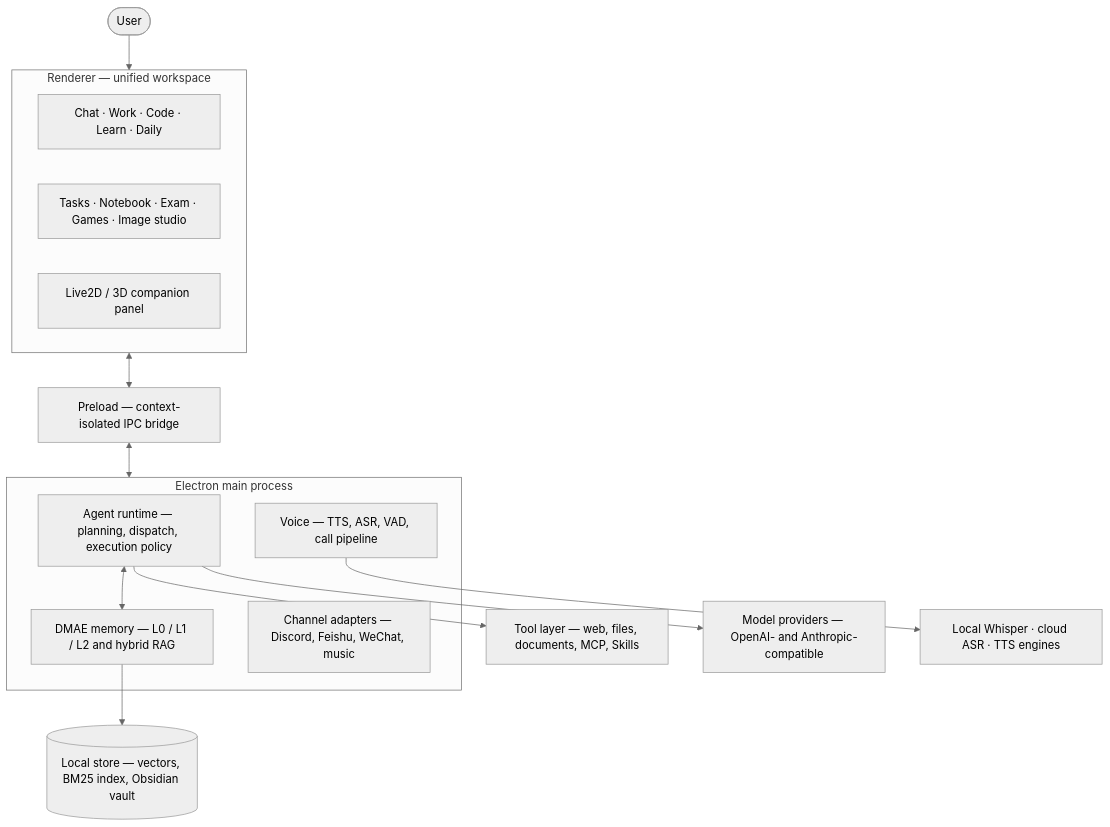
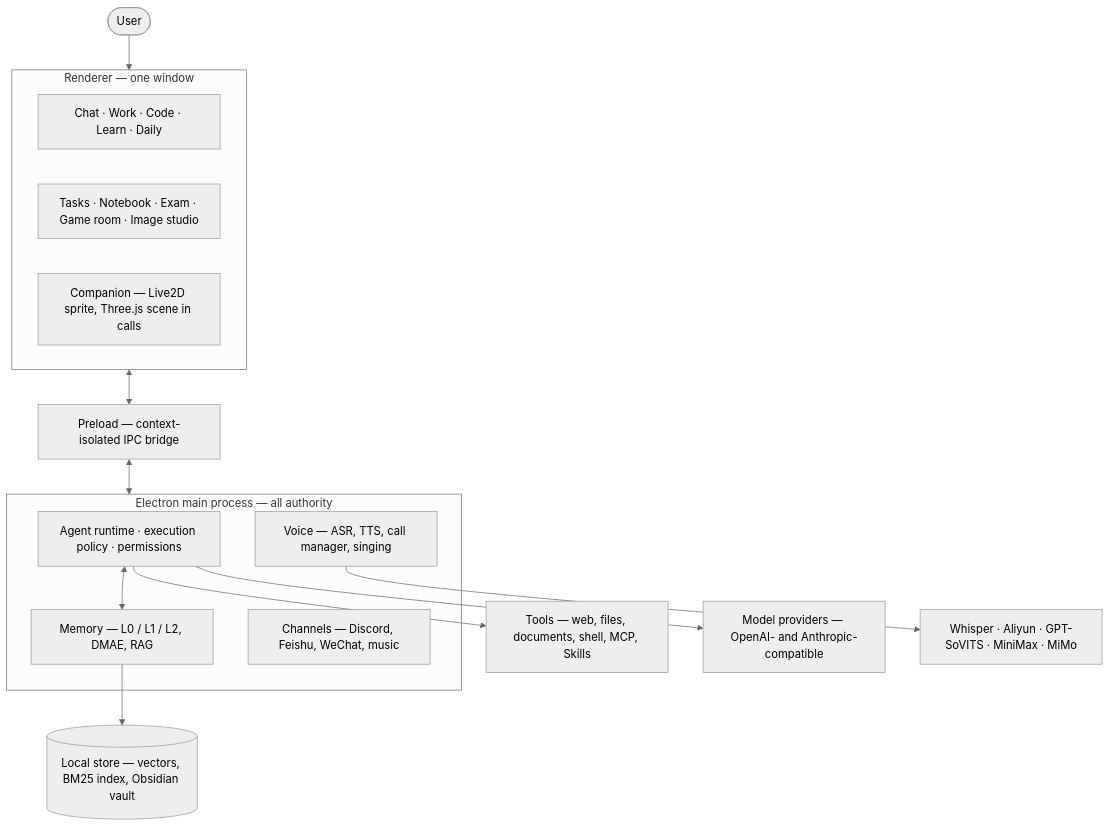
The first of 4 diagrams in README.md (clark970417-eng/Cyrene-Agent), drawn with Mermaid (neutral theme) before and after one commit. The commit also changed other lines of this file and 2 other files, not shown here.

````diff
--- a/README.md
+++ b/README.md
@@ -149,27 +102,26 @@
 ```mermaid
 flowchart TD
     USER(["User"]) --> RENDERER
 
-    subgraph RENDERER["Renderer — unified workspace"]
+    subgraph RENDERER["Renderer — one window"]
         MODES["Chat · Work · Code · Learn · Daily"]
-        TOOLSUI["Tasks · Notebook · Exam · Games · Image studio"]
-        AVATAR["Live2D / 3D companion panel"]
+        PANELS["Tasks · Notebook · Exam · Game room · Image studio"]
+        AVATAR["Companion — Live2D sprite, Three.js scene in calls"]
     end
 
-    RENDERER <--> PRELOAD["Preload — context-isolated IPC bridge"]
+    RENDERER <--> BRIDGE["Preload — context-isolated IPC bridge"]
+    BRIDGE <--> MAIN
 
-    subgraph MAIN["Electron main process"]
-        AGENT["Agent runtime — planning, dispatch, execution policy"]
-        MEMORY["DMAE memory — L0 / L1 / L2 and hybrid RAG"]
-        VOICE["Voice — TTS, ASR, VAD, call pipeline"]
-        CHANNELS["Channel adapters — Discord, Feishu, WeChat, music"]
+    subgraph MAIN["Electron main process — all authority"]
+        ORCH["Agent runtime · execution policy · permissions"]
+        MEM["Memory — L0 / L1 / L2, DMAE, RAG"]
+        SPEECH["Voice — ASR, TTS, call manager, singing"]
+        ADAPT["Channels — Discord, Feishu, WeChat, music"]
     end
 
-    PRELOAD <--> MAIN
-
-    AGENT --> TOOLS["Tool layer — web, files, documents, MCP, Skills"]
-    AGENT --> MODELS["Model providers — OpenAI- and Anthropic-compatible"]
-    AGENT <--> MEMORY
-    MEMORY --> STORE[("Local store — vectors, BM25 index, Obsidian vault")]
-    VOICE --> SPEECH["Local Whisper · cloud ASR · TTS engines"]
+    ORCH --> TOOLS["Tools — web, files, documents, shell, MCP, Skills"]
+    ORCH --> LLM["Model providers — OpenAI- and Anthropic-compatible"]
+    ORCH <--> MEM
+    MEM --> DISK[("Local store — vectors, BM25 index, Obsidian vault")]
+    SPEECH --> ENGINES["Whisper · Aliyun · GPT-SoVITS · MiniMax · MiMo"]
 ```
````
